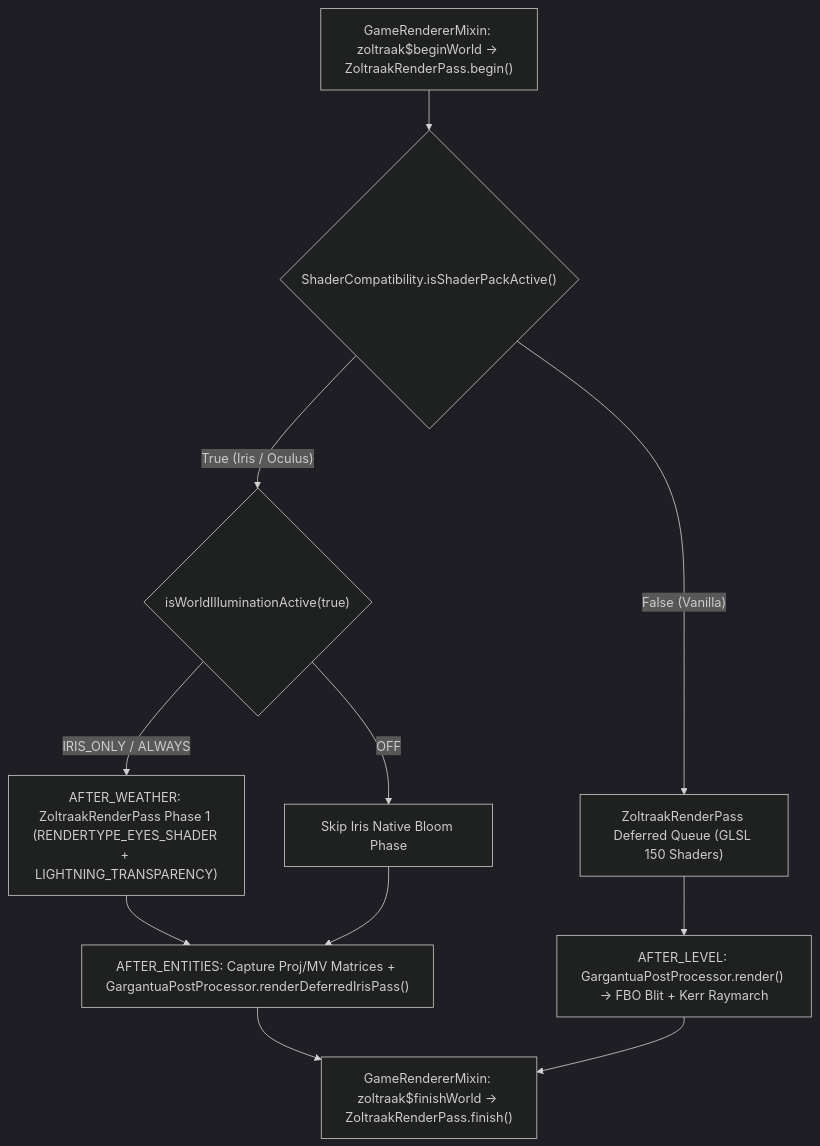
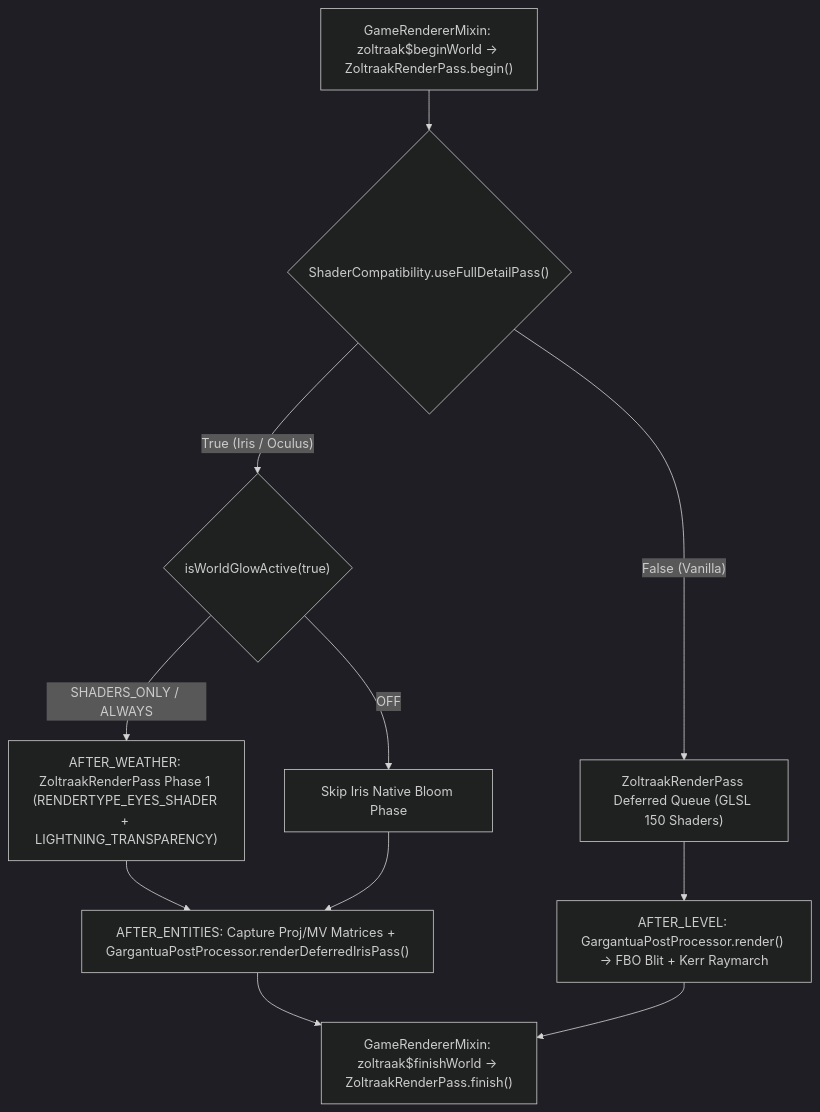
One commit to ling-gwdgw2/Frieren-Flight changed the third of 3 diagrams in ARCHITECTURE.md. Above: the diagram before and after it, drawn with Mermaid (dark theme). The commit also changed other lines of this file and 41 other files, not shown here.

Commit message:
VFX: Redesign Gargantua with 4-pass GL_RGBA16F HDR bloom pipeline & refine shaders/multi-loader build

````diff
--- a/ARCHITECTURE.md
+++ b/ARCHITECTURE.md
@@ -337,13 +340,13 @@
 ```mermaid
 flowchart TD
-    FrameStart["GameRendererMixin: zoltraak$beginWorld -> ZoltraakRenderPass.begin()"] --> WorldCheck{"ShaderCompatibility.isShaderPackActive()"}
+    FrameStart["GameRendererMixin: zoltraak$beginWorld -> ZoltraakRenderPass.begin()"] --> WorldCheck{"ShaderCompatibility.useFullDetailPass()"}
     WorldCheck -- "False (Vanilla)" --> VanillaDraws["ZoltraakRenderPass Deferred Queue (GLSL 150 Shaders)"]
-    WorldCheck -- "True (Iris / Oculus)" --> IrisCheck{"isWorldIlluminationActive(true)"}
-    IrisCheck -- "IRIS_ONLY / ALWAYS" --> IrisPhase1["AFTER_WEATHER: ZoltraakRenderPass Phase 1 (RENDERTYPE_EYES_SHADER + LIGHTNING_TRANSPARENCY)"]
+    WorldCheck -- "True (Iris / Oculus)" --> IrisCheck{"isWorldGlowActive(true)"}
+    IrisCheck -- "SHADERS_ONLY / ALWAYS" --> IrisPhase1["AFTER_WEATHER: ZoltraakRenderPass Phase 1 (RENDERTYPE_EYES_SHADER + LIGHTNING_TRANSPARENCY)"]
     IrisCheck -- "OFF" --> SkipPhase1["Skip Iris Native Bloom Phase"]
     IrisPhase1 --> IrisDeferred["AFTER_ENTITIES: Capture Proj/MV Matrices + GargantuaPostProcessor.renderDeferredIrisPass()"]
     SkipPhase1 --> IrisDeferred
     VanillaDraws --> PostStage["AFTER_LEVEL: GargantuaPostProcessor.render() -> FBO Blit + Kerr Raymarch"]
     IrisDeferred --> Finish["GameRendererMixin: zoltraak$finishWorld -> ZoltraakRenderPass.finish()"]
     PostStage --> Finish
 ```
````
